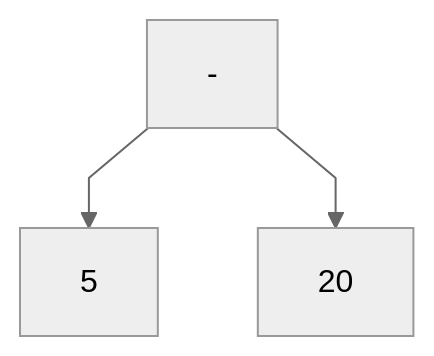
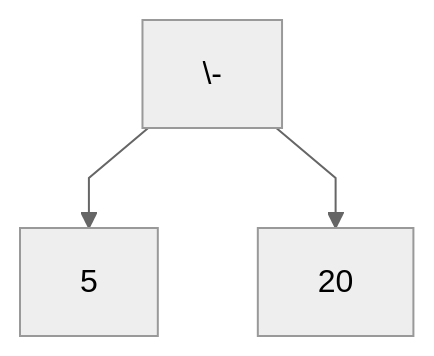
One commit to blackbat13/edu-cs-htiew-pl changed the fourth of 5 diagrams in docs/matura-z-informatyki/przygotowanie/algorithmic/simulations/arithmetic-tree/solution-1.md. Above: the diagram before and after it, drawn with Mermaid. The commit also changed other lines of this file, not shown here.

````diff
--- a/docs/matura-z-informatyki/przygotowanie/algorithmic/simulations/arithmetic-tree/solution-1.md
+++ b/docs/matura-z-informatyki/przygotowanie/algorithmic/simulations/arithmetic-tree/solution-1.md
@@ -44,6 +44,6 @@
 ```mermaid
 %%{init: {"flowchart": {"curve": "linear"}, "theme": "neutral"} }%%
 flowchart TD
     op1 --> op3["5"]
-    op1["-"] --> op2["20"]
+    op1["\-"] --> op2["20"]
 ```
````
